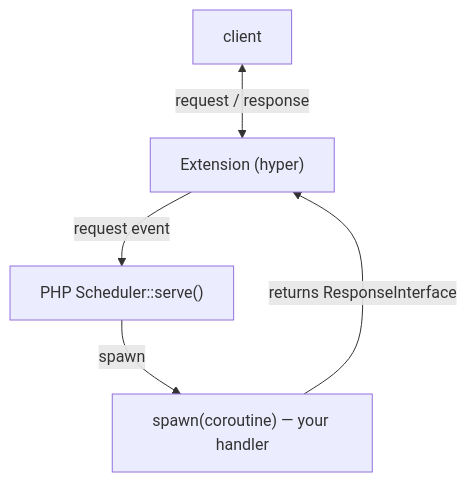
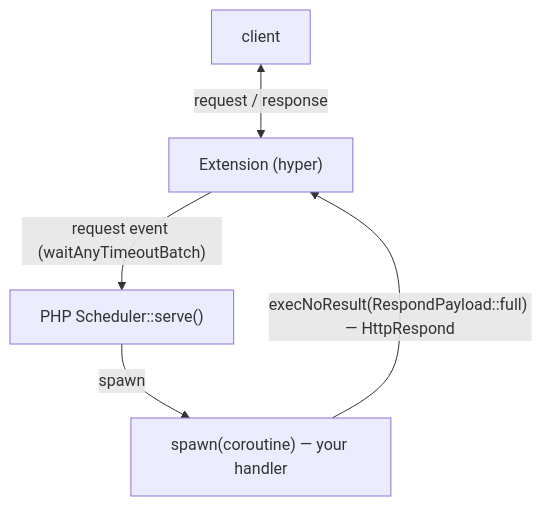
One commit to sprust/sconcur changed the first of 3 diagrams in docs/http-server.md. Above: the diagram before and after it, drawn with Mermaid. The commit also changed other lines of this file and 55 other files, not shown here.

````diff
--- a/docs/http-server.md
+++ b/docs/http-server.md
@@ -52,12 +52,12 @@
 ```mermaid
 flowchart TB
     Client["client"]
     EXT["Extension (hyper)"]
     Sched["PHP Scheduler::serve()"]
     Handler["spawn(coroutine) — your handler"]
 
     Client <-->|"request / response"| EXT
-    EXT -->|"request event"| Sched
+    EXT -->|"request event (waitAnyTimeoutBatch)"| Sched
     Sched -->|"spawn"| Handler
-    Handler -->|"returns ResponseInterface"| EXT
+    Handler -->|"execNoResult(RespondPayload::full) — HttpRespond"| EXT
 ```
````
